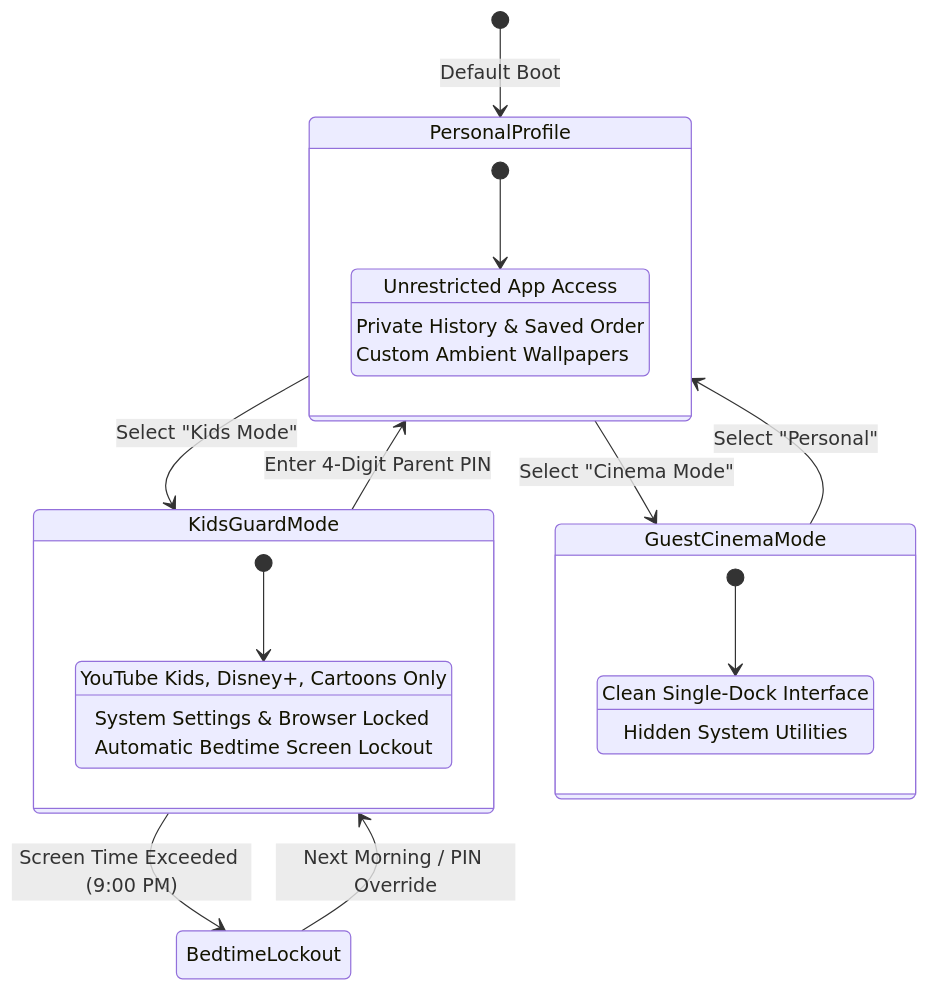
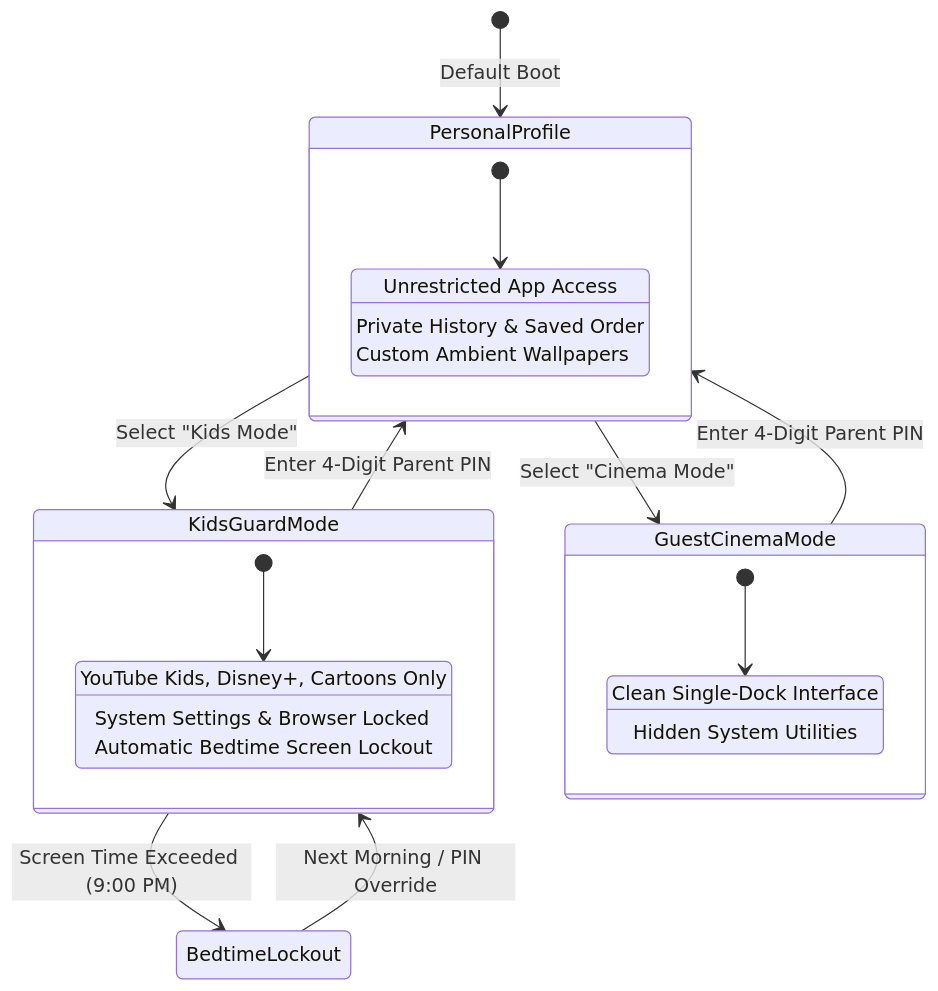
Before and after one commit to Rishisharma029/CleanTV-Home: the second of 6 diagrams in README.md, drawn with Mermaid. The commit also changed other lines of this file and 5 other files, not shown here.

Commit message:
Close Guest Mode escape path, enforce CI unit testing, and correct README claims

````diff
--- a/README.md
+++ b/README.md
@@ -86,31 +86,31 @@
 ```mermaid
 stateDiagram-v2
     [*] --> PersonalProfile: Default Boot
 
     state PersonalProfile {
         [*] --> FullAccess
         FullAccess: Unrestricted App Access
         FullAccess: Private History & Saved Order
         FullAccess: Custom Ambient Wallpapers
     }
 
     state KidsGuardMode {
         [*] --> CuratedWhitelist
         CuratedWhitelist: YouTube Kids, Disney+, Cartoons Only
         CuratedWhitelist: System Settings & Browser Locked
         CuratedWhitelist: Automatic Bedtime Screen Lockout
     }
 
     state GuestCinemaMode {
         [*] --> MinimalDock
         MinimalDock: Clean Single-Dock Interface
         MinimalDock: Hidden System Utilities
     }
 
     PersonalProfile --> KidsGuardMode: Select "Kids Mode"
     KidsGuardMode --> PersonalProfile: Enter 4-Digit Parent PIN
     KidsGuardMode --> BedtimeLockout: Screen Time Exceeded (9:00 PM)
     BedtimeLockout --> KidsGuardMode: Next Morning / PIN Override
     PersonalProfile --> GuestCinemaMode: Select "Cinema Mode"
-    GuestCinemaMode --> PersonalProfile: Select "Personal"
+    GuestCinemaMode --> PersonalProfile: Enter 4-Digit Parent PIN
 ```
````
